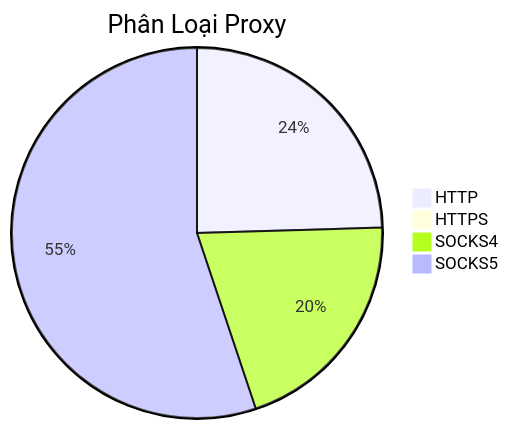
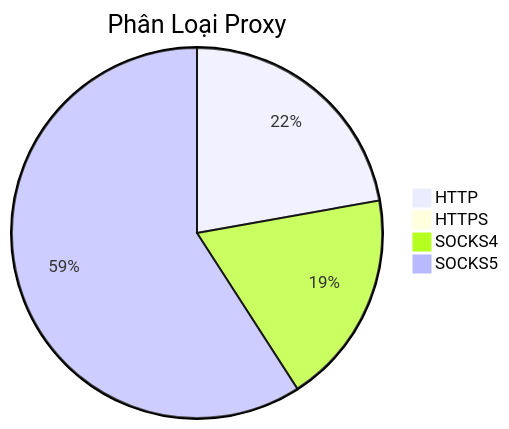
The diagram in README.md (Ciara-12/PROXY-free), drawn with Mermaid before and after one commit. The commit also changed other lines of this file and 4 other files, not shown here.

````diff
--- a/README.md
+++ b/README.md
@@ -26,7 +26,7 @@
 ```mermaid
 pie title Phân Loại Proxy
-    "HTTP" : 437
-    "HTTPS" : 6
-    "SOCKS4" : 362
-    "SOCKS5" : 982
+    "HTTP" : 425
+    "HTTPS" : 7
+    "SOCKS4" : 358
+    "SOCKS5" : 1132
 ```
````
